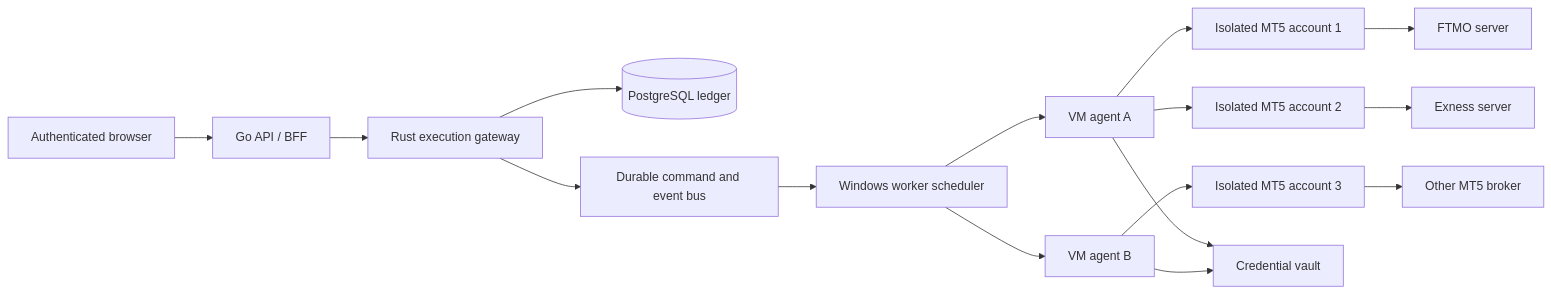
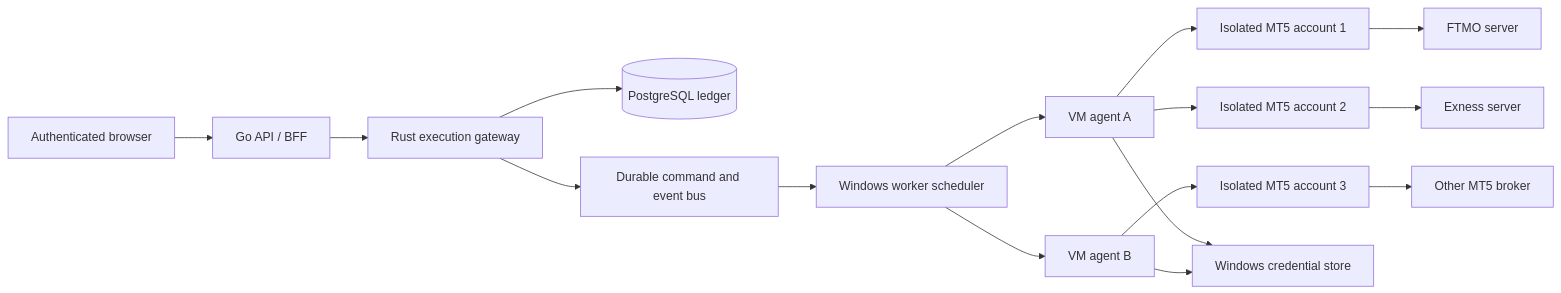
One commit to DEVfancybear/MarketLens changed the diagram in docs/UNIVERSAL_MT5_WINDOWS_VM_CONNECTOR_PLAN.md. Above: the diagram before and after it, drawn with Mermaid. The commit also changed other lines of this file and 68 other files, not shown here.

Commit message:
feat(mt5): replace Vault with Windows credential store

````diff
--- a/docs/UNIVERSAL_MT5_WINDOWS_VM_CONNECTOR_PLAN.md
+++ b/docs/UNIVERSAL_MT5_WINDOWS_VM_CONNECTOR_PLAN.md
@@ -155,18 +155,18 @@
 ```mermaid
 flowchart LR
     U["Authenticated browser"] --> G["Go API / BFF"]
     G --> R["Rust execution gateway"]
     R --> P[("PostgreSQL ledger")]
     R --> Q["Durable command and event bus"]
     Q --> S["Windows worker scheduler"]
     S --> A1["VM agent A"]
     S --> A2["VM agent B"]
     A1 --> T1["Isolated MT5 account 1"]
     A1 --> T2["Isolated MT5 account 2"]
     A2 --> T3["Isolated MT5 account 3"]
     T1 --> B1["FTMO server"]
     T2 --> B2["Exness server"]
     T3 --> B3["Other MT5 broker"]
-    A1 --> V["Credential vault"]
+    A1 --> V["Windows credential store"]
     A2 --> V
 ```
````
